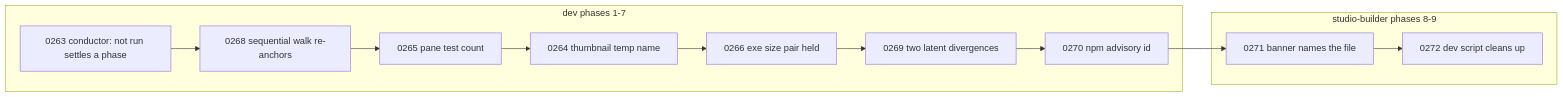
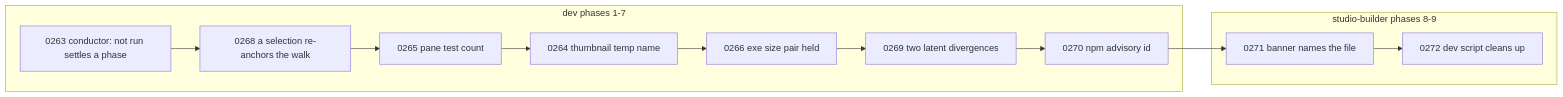
One commit to IgorKonovalov/Ritmolux changed the diagram in docs/plans/0233-the-close-reviews-small-findings-are-repaired.md. Above: the diagram before and after it, drawn with Mermaid. The commit also changed other lines of this file, not shown here.

Commit message:
docs(plans): 0233 phase 2 names the selection paths, and every explicit selection re-anchors

````diff
--- a/docs/plans/0233-the-close-reviews-small-findings-are-repaired.md
+++ b/docs/plans/0233-the-close-reviews-small-findings-are-repaired.md
@@ -42,13 +42,13 @@
 ```mermaid
 flowchart LR
     subgraph dev["dev phases 1-7"]
-        P1[0263 conductor: not run settles a phase] --> P2[0268 sequential walk re-anchors]
+        P1[0263 conductor: not run settles a phase] --> P2[0268 a selection re-anchors the walk]
         P2 --> P3[0265 pane test count] --> P4[0264 thumbnail temp name]
         P4 --> P5[0266 exe size pair held] --> P6[0269 two latent divergences]
         P6 --> P7[0270 npm advisory id]
     end
     subgraph studio["studio-builder phases 8-9"]
         P8[0271 banner names the file] --> P9[0272 dev script cleans up]
     end
     P7 --> P8
 ```
````
